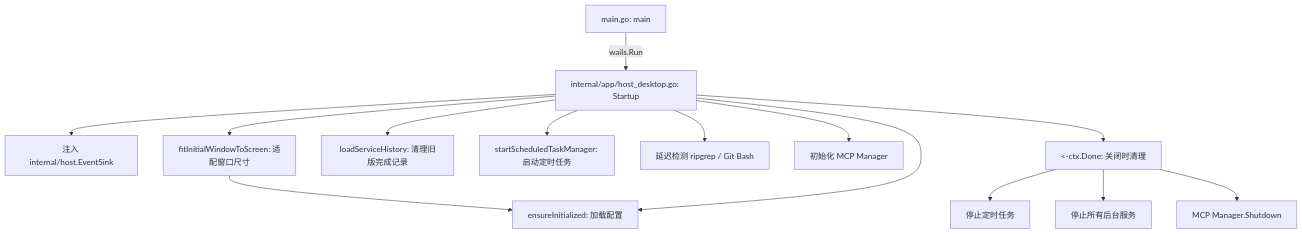
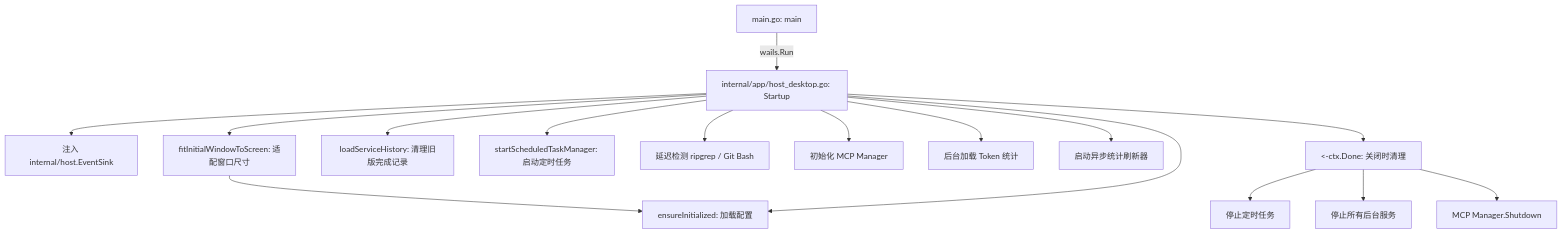
Before and after one commit to Bronya0/ally-agent: the first of 5 diagrams in CODEGRAPH.md, drawn with Mermaid. The commit also changed other lines of this file and 9 other files, not shown here.

````diff
--- a/CODEGRAPH.md
+++ b/CODEGRAPH.md
@@ -43,16 +43,18 @@
 ```mermaid
 flowchart TD
     main[main.go: main] -->|wails.Run| startup[internal/app/host_desktop.go: Startup]
     startup --> sink[注入 internal/host.EventSink]
     startup --> fitWin[fitInitialWindowToScreen: 适配窗口尺寸]
     fitWin --> initCfg[ensureInitialized: 加载配置]
     startup --> initCfg
     startup --> cleanupServices[loadServiceHistory: 清理旧版完成记录]
     startup --> startSched[startScheduledTaskManager: 启动定时任务]
     startup --> checkDep[延迟检测 ripgrep / Git Bash]
     startup --> mcpInit[初始化 MCP Manager]
+    startup --> statsLoad[后台加载 Token 统计]
+    startup --> statsRun[启动异步统计刷新器]
     startup --> ctxDone[<-ctx.Done: 关闭时清理]
     ctxDone --> stopSched[停止定时任务]
     ctxDone --> stopServices[停止所有后台服务]
     ctxDone --> mcpShutdown[MCP Manager.Shutdown]
 ```
````
